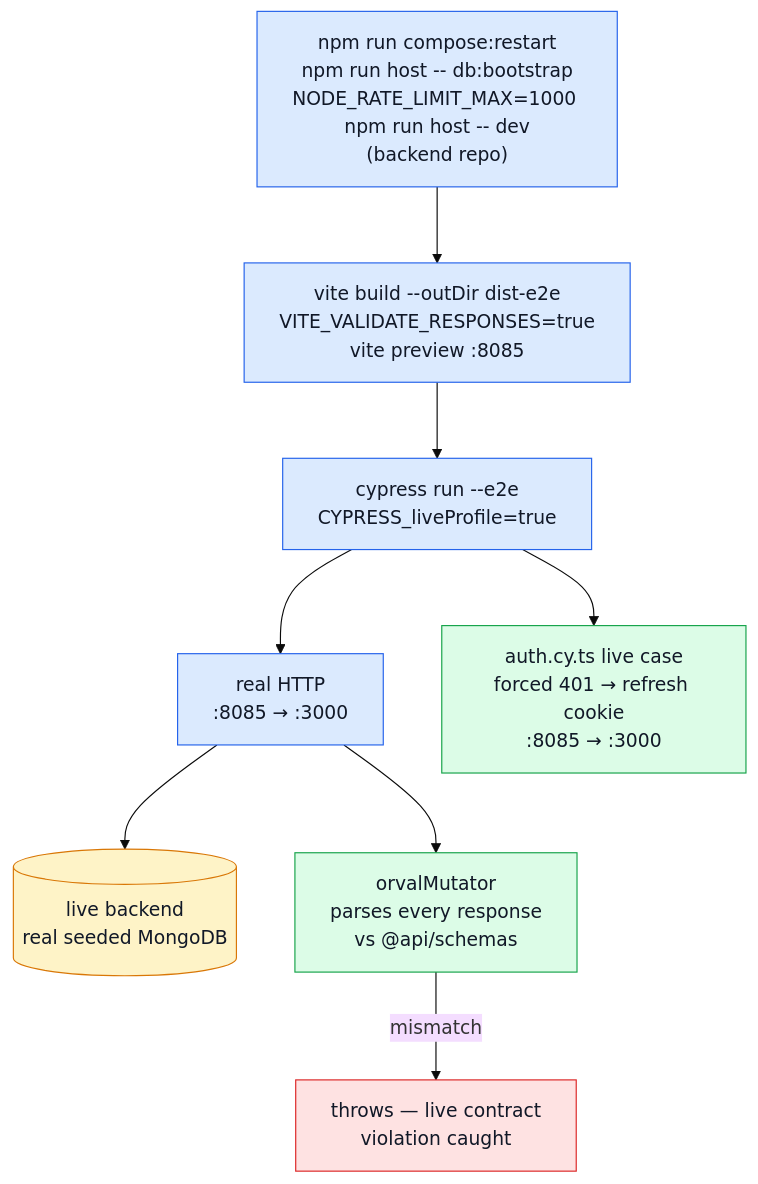
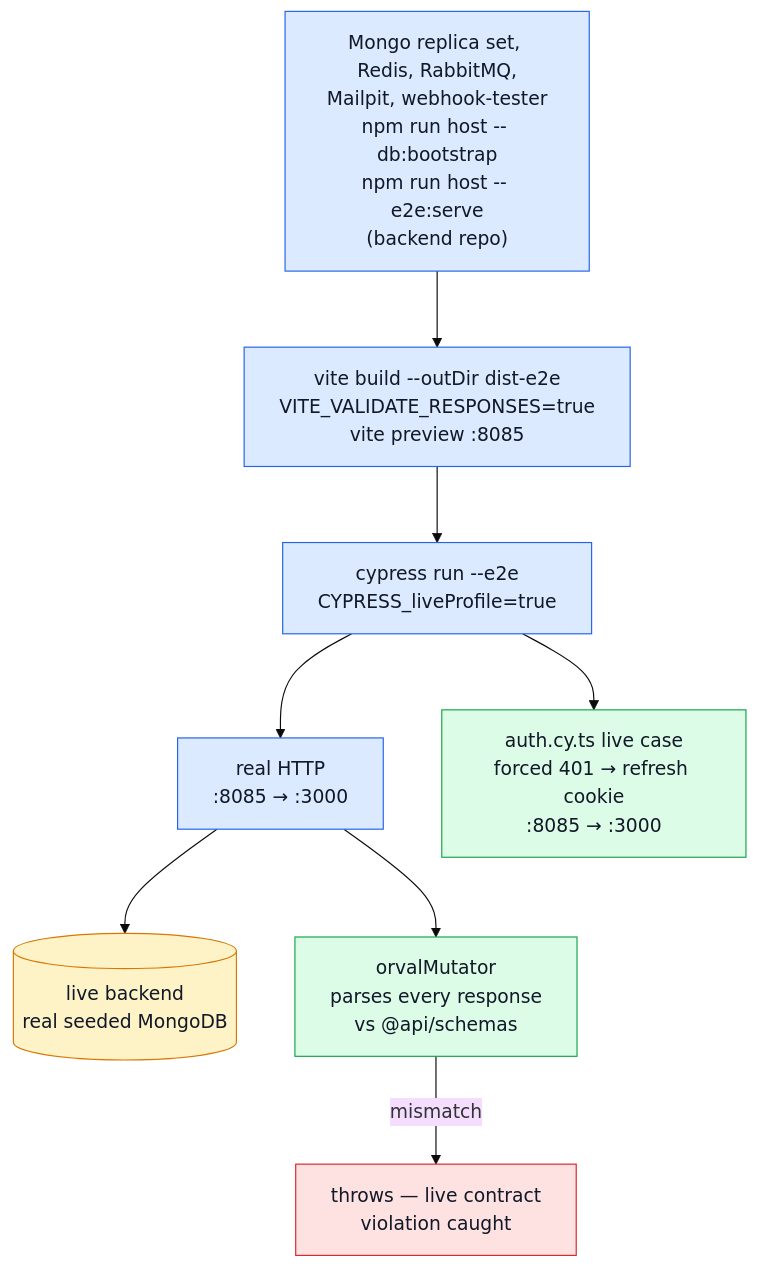
Before and after one commit to Guebbit/boilerplate-vue-frontend: the diagram in docs/tools/live-e2e.md, drawn with Mermaid (base theme). The commit also changed other lines of this file and 1 other file, not shown here.

First line of the commit message:
fix(e2e): the live CI job runs the backend it was written against, from the one live recipe

````diff
--- a/docs/tools/live-e2e.md
+++ b/docs/tools/live-e2e.md
@@ -30,20 +30,20 @@
 ```mermaid
 %%{init: {'flowchart': {'nodeSpacing': 50, 'rankSpacing': 65}}}%%
 flowchart TB
-    Boot["npm run compose:restart\nnpm run host -- db:bootstrap\nNODE_RATE_LIMIT_MAX=1000 npm run host -- dev\n(backend repo)"] --> Vite["vite build --outDir dist-e2e\nVITE_VALIDATE_RESPONSES=true\nvite preview :8085"]
+    Boot["Mongo replica set, Redis, RabbitMQ,\nMailpit, webhook-tester\nnpm run host -- db:bootstrap\nnpm run host -- e2e:serve\n(backend repo)"] --> Vite["vite build --outDir dist-e2e\nVITE_VALIDATE_RESPONSES=true\nvite preview :8085"]
     Vite --> Cypress["cypress run --e2e\nCYPRESS_liveProfile=true"]
     Cypress --> Real["real HTTP\n:8085 → :3000"]
     Real --> Backend[("live backend\nreal seeded MongoDB")]
     Real --> Mutator["orvalMutator\nparses every response\nvs @api/schemas"]
     Mutator -->|mismatch| Fail["throws — live contract\nviolation caught"]
     Cypress --> Refresh["auth.cy.ts live case\nforced 401 → refresh cookie\n:8085 → :3000"]
 
     classDef step fill:#dbeafe,stroke:#2563eb,color:#111827;
     classDef check fill:#dcfce7,stroke:#16a34a,color:#111827;
     classDef fail fill:#fee2e2,stroke:#dc2626,color:#111827;
     classDef data fill:#fef3c7,stroke:#d97706,color:#111827;
     class Boot,Vite,Cypress,Real step;
     class Mutator,Parity,Refresh check;
     class Fail fail;
     class Backend data;
 ```
````
